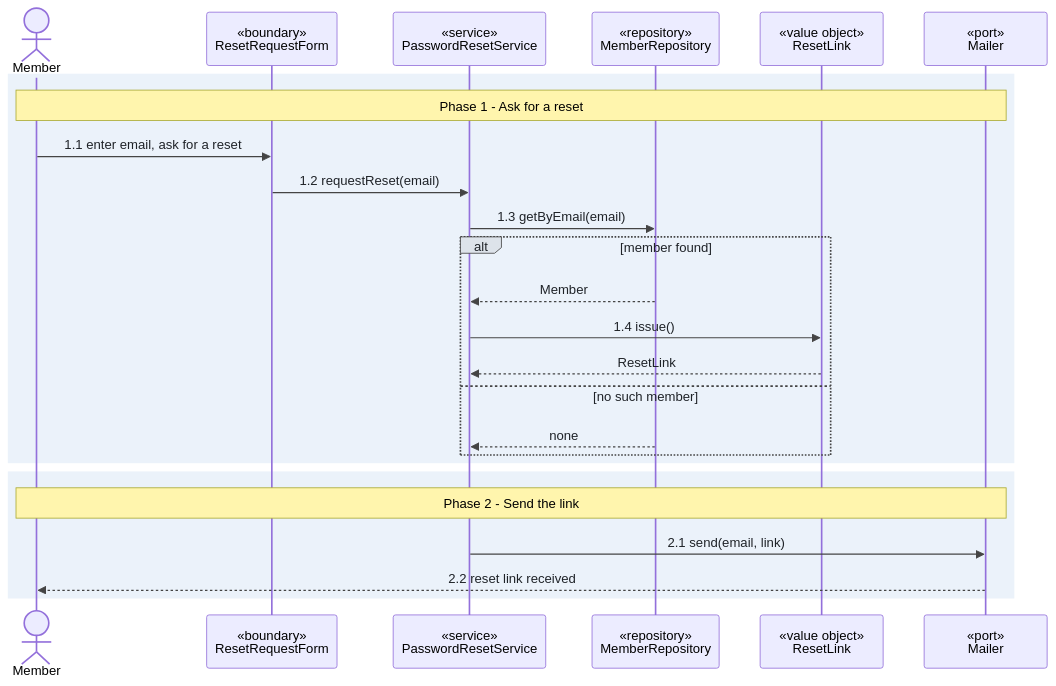
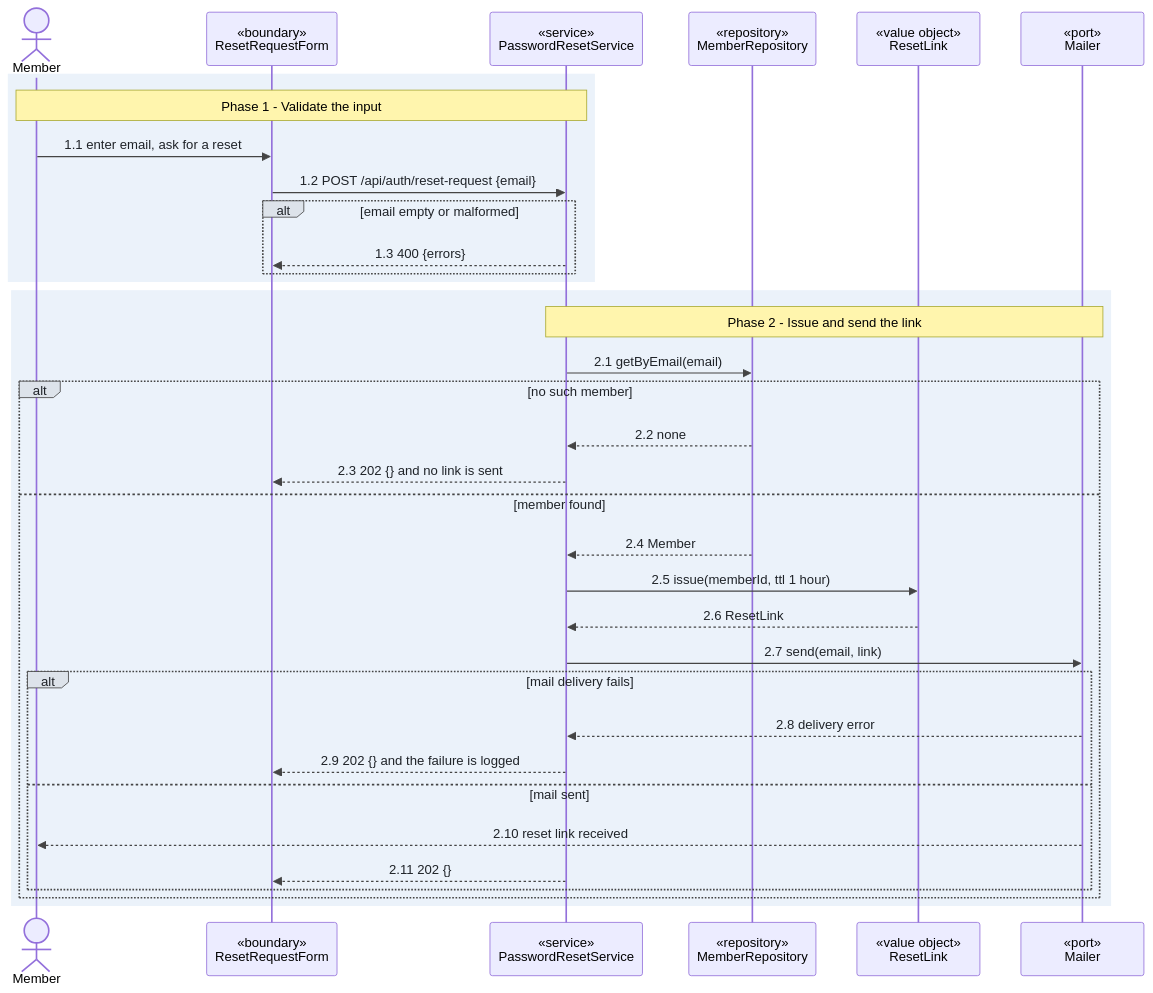
The third of 3 diagrams in planner/test/sample-data/diagrams/sample/sign-in/UC-sign-in.md (joisse1101/the-toolbox), drawn with Mermaid before and after one commit. The commit also changed other lines of this file and 4 other files, not shown here.

Commit message:
feat(diagrams): check the design sections, step trace and aggregate boundary

````diff
--- a/planner/test/sample-data/diagrams/sample/sign-in/UC-sign-in.md
+++ b/planner/test/sample-data/diagrams/sample/sign-in/UC-sign-in.md
@@ -157,30 +182,40 @@
 ```mermaid
 %%{init: {'themeVariables': {'signalTextColor':'#1f2328','labelTextColor':'#1f2328','loopTextColor':'#1f2328','signalColor':'#444','labelBoxBkgColor':'#dde3ea','labelBoxBorderColor':'#444'}}}%%
 sequenceDiagram
   actor U as Member
   participant FORM as «boundary»<br/>ResetRequestForm
   participant RESET as «service»<br/>PasswordResetService
   participant REPO as «repository»<br/>MemberRepository
   participant RLINK as «value object»<br/>ResetLink
   participant MAILER as «port»<br/>Mailer
 
   rect rgb(235, 242, 250)
-    Note over U,MAILER: Phase 1 - Ask for a reset
+    Note over U,RESET: Phase 1 - Validate the input
     U->>FORM: 1.1 enter email, ask for a reset
-    FORM->>RESET: 1.2 requestReset(email)
-    RESET->>REPO: 1.3 getByEmail(email)
-    alt member found
-      REPO-->>RESET: Member
-      RESET->>RLINK: 1.4 issue()
-      RLINK-->>RESET: ResetLink
-    else no such member
-      REPO-->>RESET: none
+    FORM->>RESET: 1.2 POST /api/auth/reset-request {email}
+    alt email empty or malformed
+      RESET-->>FORM: 1.3 400 {errors}
     end
   end
 
   rect rgb(235, 242, 250)
-    Note over U,MAILER: Phase 2 - Send the link
-    RESET->>MAILER: 2.1 send(email, link)
-    MAILER-->>U: 2.2 reset link received
+    Note over RESET,MAILER: Phase 2 - Issue and send the link
+    RESET->>REPO: 2.1 getByEmail(email)
+    alt no such member
+      REPO-->>RESET: 2.2 none
+      RESET-->>FORM: 2.3 202 {} and no link is sent
+    else member found
+      REPO-->>RESET: 2.4 Member
+      RESET->>RLINK: 2.5 issue(memberId, ttl 1 hour)
+      RLINK-->>RESET: 2.6 ResetLink
+      RESET->>MAILER: 2.7 send(email, link)
+      alt mail delivery fails
+        MAILER-->>RESET: 2.8 delivery error
+        RESET-->>FORM: 2.9 202 {} and the failure is logged
+      else mail sent
+        MAILER-->>U: 2.10 reset link received
+        RESET-->>FORM: 2.11 202 {}
+      end
+    end
   end
 ```
````
